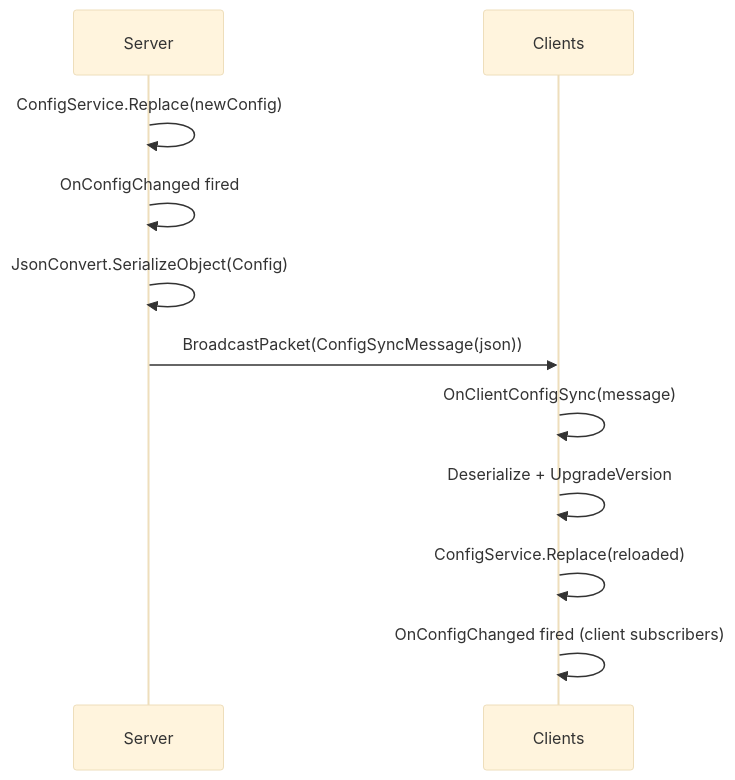
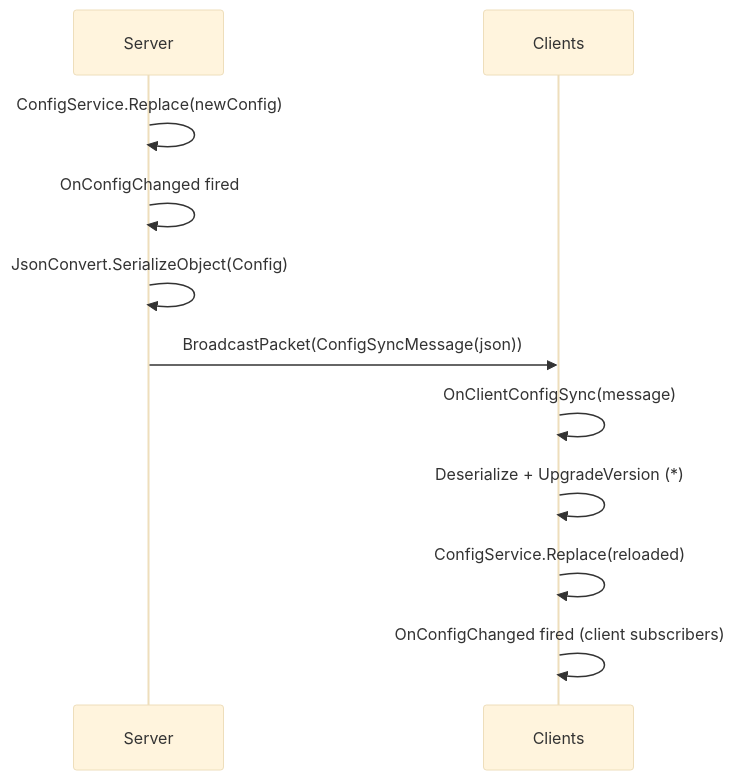
The sixth of 7 diagrams in docs/technical-overview/config-initialization-and-flow.md (NerdScurvy/CarryOn), drawn with Mermaid (base theme) before and after one commit. The commit also changed other lines of this file, not shown here.

````diff
--- a/docs/technical-overview/config-initialization-and-flow.md
+++ b/docs/technical-overview/config-initialization-and-flow.md
@@ -249,13 +249,13 @@
 ```mermaid
 sequenceDiagram
     participant Server
     participant Clients
     Server->>Server: ConfigService.Replace(newConfig)
     Server->>Server: OnConfigChanged fired
     Server->>Server: JsonConvert.SerializeObject(Config)
     Server->>Clients: BroadcastPacket(ConfigSyncMessage(json))
     Clients->>Clients: OnClientConfigSync(message)
-    Clients->>Clients: Deserialize + UpgradeVersion
+    Clients->>Clients: Deserialize + UpgradeVersion (*)
     Clients->>Clients: ConfigService.Replace(reloaded)
     Clients->>Clients: OnConfigChanged fired (client subscribers)
 ```
````
